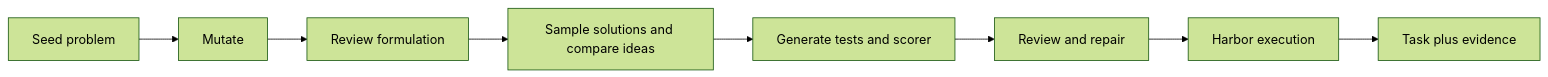
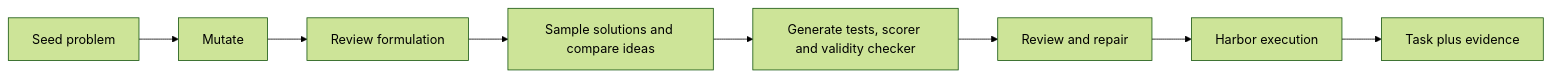
The diagram in docs/pipelines/frontiersmith.md (huggingface/Repo2RLEnv), drawn with Mermaid (forest theme) before and after one commit. The commit also changed other lines of this file and 10 other files, not shown here.

````diff
--- a/docs/pipelines/frontiersmith.md
+++ b/docs/pipelines/frontiersmith.md
@@ -12,10 +12,10 @@
 ```mermaid
 flowchart LR
     S[Seed problem] --> M[Mutate]
     M --> F[Review formulation]
     F --> D[Sample solutions and compare ideas]
-    D --> T[Generate tests and scorer]
+    D --> T[Generate tests, scorer and validity checker]
     T --> R[Review and repair]
     R --> H[Harbor execution]
     H --> E[Task plus evidence]
 ```
````
